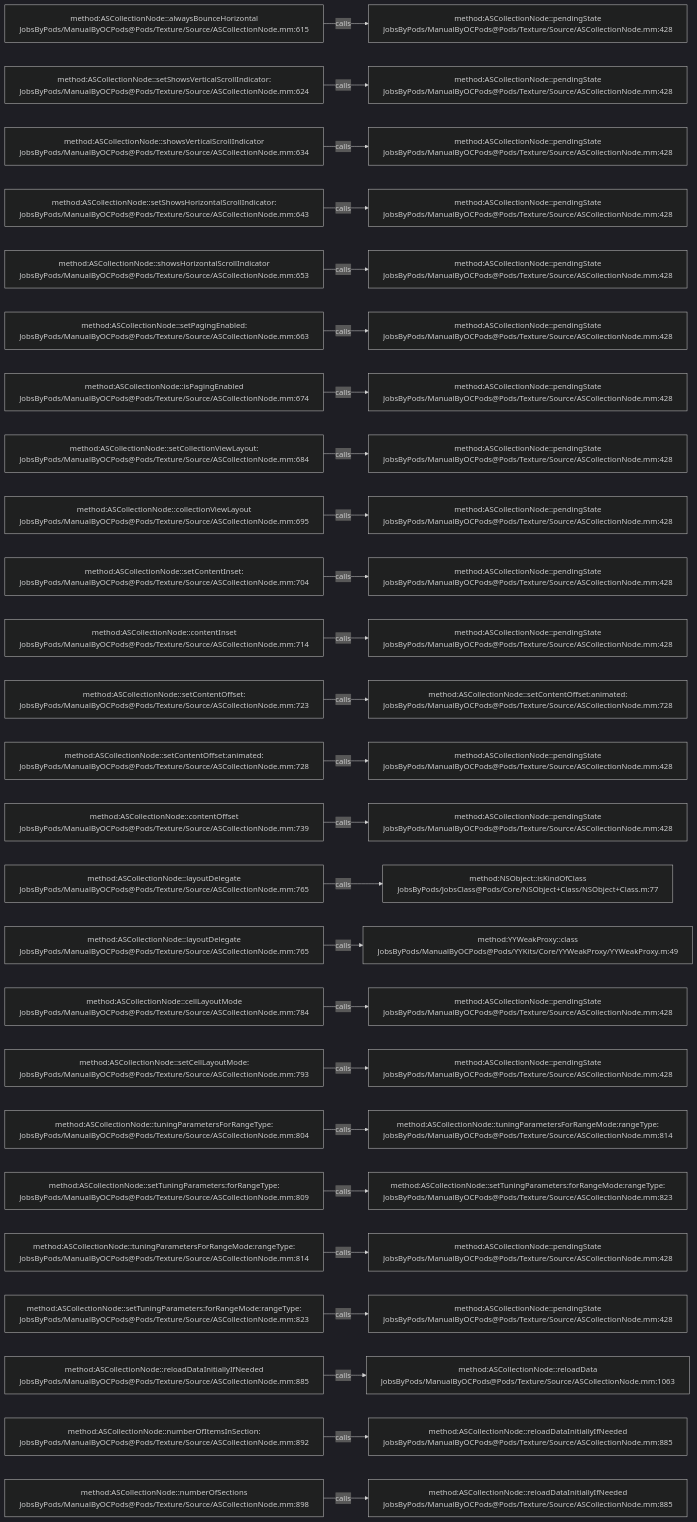
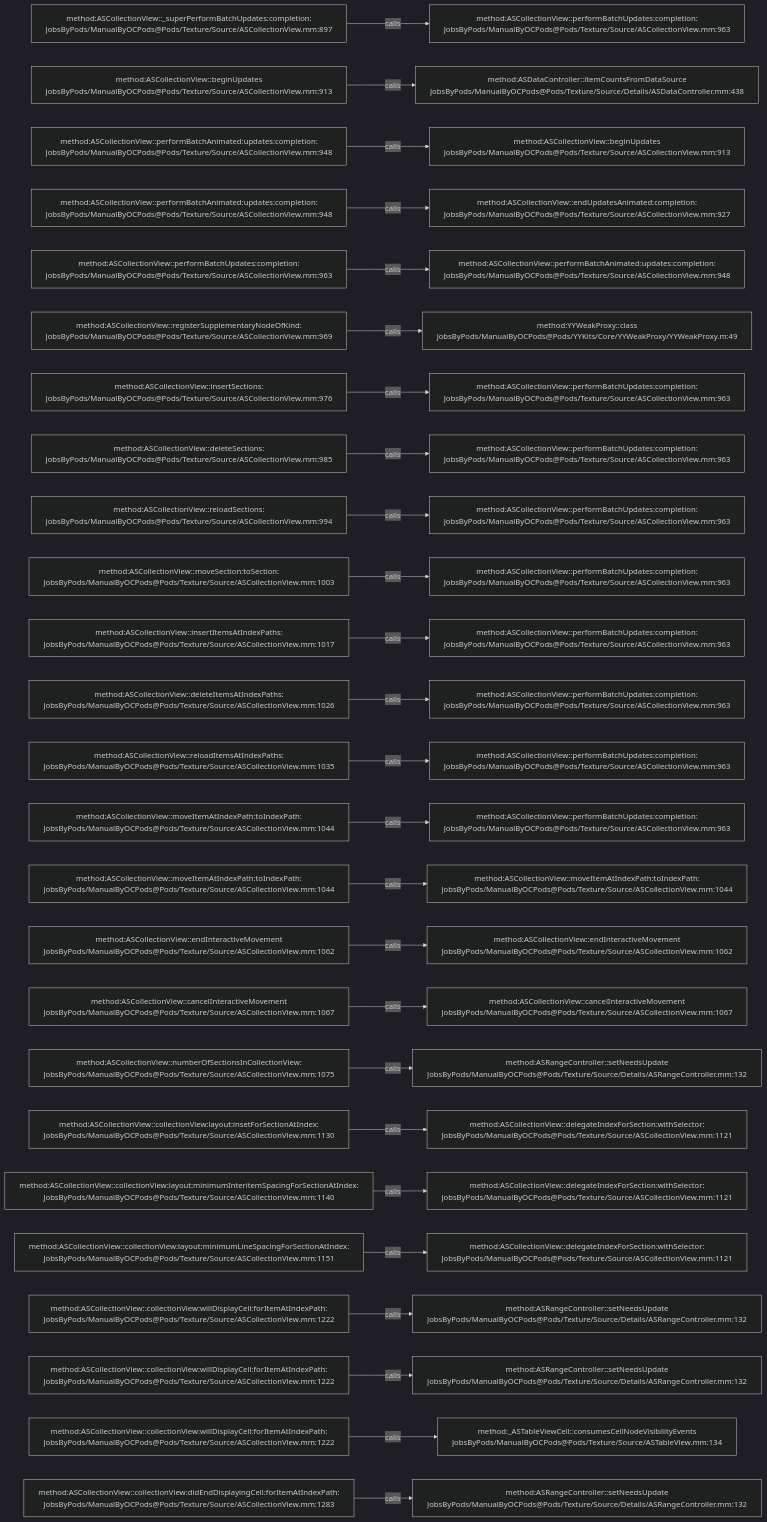
Before and after one commit to JobsKits/JobsOCBaseConfigDemo: the diagram in .codegraph/codegraph.md/graphs/calls-079.md, drawn with Mermaid (dark theme). The commit also changed 1353 other files, not shown here.

````diff
--- a/.codegraph/codegraph.md/graphs/calls-079.md
+++ b/.codegraph/codegraph.md/graphs/calls-079.md
@@ -13,78 +13,78 @@
 ```mermaid
 flowchart LR
-  S1["method:ASCollectionNode::alwaysBounceHorizontal<br/>JobsByPods/ManualByOCPods@Pods/Texture/Source/ASCollectionNode.mm:615"]
-  T1["method:ASCollectionNode::pendingState<br/>JobsByPods/ManualByOCPods@Pods/Texture/Source/ASCollectionNode.mm:428"]
+  S1["method:ASCollectionView::_superPerformBatchUpdates:completion:<br/>JobsByPods/ManualByOCPods@Pods/Texture/Source/ASCollectionView.mm:897"]
+  T1["method:ASCollectionView::performBatchUpdates:completion:<br/>JobsByPods/ManualByOCPods@Pods/Texture/Source/ASCollectionView.mm:963"]
   S1 -->|calls| T1
-  S2["method:ASCollectionNode::setShowsVerticalScrollIndicator:<br/>JobsByPods/ManualByOCPods@Pods/Texture/Source/ASCollectionNode.mm:624"]
-  T2["method:ASCollectionNode::pendingState<br/>JobsByPods/ManualByOCPods@Pods/Texture/Source/ASCollectionNode.mm:428"]
+  S2["method:ASCollectionView::beginUpdates<br/>JobsByPods/ManualByOCPods@Pods/Texture/Source/ASCollectionView.mm:913"]
+  T2["method:ASDataController::itemCountsFromDataSource<br/>JobsByPods/ManualByOCPods@Pods/Texture/Source/Details/ASDataController.mm:438"]
   S2 -->|calls| T2
-  S3["method:ASCollectionNode::showsVerticalScrollIndicator<br/>JobsByPods/ManualByOCPods@Pods/Texture/Source/ASCollectionNode.mm:634"]
-  T3["method:ASCollectionNode::pendingState<br/>JobsByPods/ManualByOCPods@Pods/Texture/Source/ASCollectionNode.mm:428"]
+  S3["method:ASCollectionView::performBatchAnimated:updates:completion:<br/>JobsByPods/ManualByOCPods@Pods/Texture/Source/ASCollectionView.mm:948"]
+  T3["method:ASCollectionView::beginUpdates<br/>JobsByPods/ManualByOCPods@Pods/Texture/Source/ASCollectionView.mm:913"]
   S3 -->|calls| T3
-  S4["method:ASCollectionNode::setShowsHorizontalScrollIndicator:<br/>JobsByPods/ManualByOCPods@Pods/Texture/Source/ASCollectionNode.mm:643"]
-  T4["method:ASCollectionNode::pendingState<br/>JobsByPods/ManualByOCPods@Pods/Texture/Source/ASCollectionNode.mm:428"]
+  S4["method:ASCollectionView::performBatchAnimated:updates:completion:<br/>JobsByPods/ManualByOCPods@Pods/Texture/Source/ASCollectionView.mm:948"]
+  T4["method:ASCollectionView::endUpdatesAnimated:completion:<br/>JobsByPods/ManualByOCPods@Pods/Texture/Source/ASCollectionView.mm:927"]
   S4 -->|calls| T4
-  S5["method:ASCollectionNode::showsHorizontalScrollIndicator<br/>JobsByPods/ManualByOCPods@Pods/Texture/Source/ASCollectionNode.mm:653"]
-  T5["method:ASCollectionNode::pendingState<br/>JobsByPods/ManualByOCPods@Pods/Texture/Source/ASCollectionNode.mm:428"]
+  S5["method:ASCollectionView::performBatchUpdates:completion:<br/>JobsByPods/ManualByOCPods@Pods/Texture/Source/ASCollectionView.mm:963"]
+  T5["method:ASCollectionView::performBatchAnimated:updates:completion:<br/>JobsByPods/ManualByOCPods@Pods/Texture/Source/ASCollectionView.mm:948"]
   S5 -->|calls| T5
-  S6["method:ASCollectionNode::setPagingEnabled:<br/>JobsByPods/ManualByOCPods@Pods/Texture/Source/ASCollectionNode.mm:663"]
-  T6["method:ASCollectionNode::pendingState<br/>JobsByPods/ManualByOCPods@Pods/Texture/Source/ASCollectionNode.mm:428"]
+  S6["method:ASCollectionView::registerSupplementaryNodeOfKind:<br/>JobsByPods/ManualByOCPods@Pods/Texture/Source/ASCollectionView.mm:969"]
+  T6["method:YYWeakProxy::class<br/>JobsByPods/ManualByOCPods@Pods/YYKits/Core/YYWeakProxy/YYWeakProxy.m:49"]
   S6 -->|calls| T6
-  S7["method:ASCollectionNode::isPagingEnabled<br/>JobsByPods/ManualByOCPods@Pods/Texture/Source/ASCollectionNode.mm:674"]
-  T7["method:ASCollectionNode::pendingState<br/>JobsByPods/ManualByOCPods@Pods/Texture/Source/ASCollectionNode.mm:428"]
+  S7["method:ASCollectionView::insertSections:<br/>JobsByPods/ManualByOCPods@Pods/Texture/Source/ASCollectionView.mm:976"]
+  T7["method:ASCollectionView::performBatchUpdates:completion:<br/>JobsByPods/ManualByOCPods@Pods/Texture/Source/ASCollectionView.mm:963"]
   S7 -->|calls| T7
-  S8["method:ASCollectionNode::setCollectionViewLayout:<br/>JobsByPods/ManualByOCPods@Pods/Texture/Source/ASCollectionNode.mm:684"]
-  T8["method:ASCollectionNode::pendingState<br/>JobsByPods/ManualByOCPods@Pods/Texture/Source/ASCollectionNode.mm:428"]
+  S8["method:ASCollectionView::deleteSections:<br/>JobsByPods/ManualByOCPods@Pods/Texture/Source/ASCollectionView.mm:985"]
+  T8["method:ASCollectionView::performBatchUpdates:completion:<br/>JobsByPods/ManualByOCPods@Pods/Texture/Source/ASCollectionView.mm:963"]
   S8 -->|calls| T8
-  S9["method:ASCollectionNode::collectionViewLayout<br/>JobsByPods/ManualByOCPods@Pods/Texture/Source/ASCollectionNode.mm:695"]
-  T9["method:ASCollectionNode::pendingState<br/>JobsByPods/ManualByOCPods@Pods/Texture/Source/ASCollectionNode.mm:428"]
+  S9["method:ASCollectionView::reloadSections:<br/>JobsByPods/ManualByOCPods@Pods/Texture/Source/ASCollectionView.mm:994"]
+  T9["method:ASCollectionView::performBatchUpdates:completion:<br/>JobsByPods/ManualByOCPods@Pods/Texture/Source/ASCollectionView.mm:963"]
   S9 -->|calls| T9
-  S10["method:ASCollectionNode::setContentInset:<br/>JobsByPods/ManualByOCPods@Pods/Texture/Source/ASCollectionNode.mm:704"]
-  T10["method:ASCollectionNode::pendingState<br/>JobsByPods/ManualByOCPods@Pods/Texture/Source/ASCollectionNode.mm:428"]
+  S10["method:ASCollectionView::moveSection:toSection:<br/>JobsByPods/ManualByOCPods@Pods/Texture/Source/ASCollectionView.mm:1003"]
+  T10["method:ASCollectionView::performBatchUpdates:completion:<br/>JobsByPods/ManualByOCPods@Pods/Texture/Source/ASCollectionView.mm:963"]
   S10 -->|calls| T10
-  S11["method:ASCollectionNode::contentInset<br/>JobsByPods/ManualByOCPods@Pods/Texture/Source/ASCollectionNode.mm:714"]
-  T11["method:ASCollectionNode::pendingState<br/>JobsByPods/ManualByOCPods@Pods/Texture/Source/ASCollectionNode.mm:428"]
+  S11["method:ASCollectionView::insertItemsAtIndexPaths:<br/>JobsByPods/ManualByOCPods@Pods/Texture/Source/ASCollectionView.mm:1017"]
+  T11["method:ASCollectionView::performBatchUpdates:completion:<br/>JobsByPods/ManualByOCPods@Pods/Texture/Source/ASCollectionView.mm:963"]
   S11 -->|calls| T11
-  S12["method:ASCollectionNode::setContentOffset:<br/>JobsByPods/ManualByOCPods@Pods/Texture/Source/ASCollectionNode.mm:723"]
-  T12["method:ASCollectionNode::setContentOffset:animated:<br/>JobsByPods/ManualByOCPods@Pods/Texture/Source/ASCollectionNode.mm:728"]
+  S12["method:ASCollectionView::deleteItemsAtIndexPaths:<br/>JobsByPods/ManualByOCPods@Pods/Texture/Source/ASCollectionView.mm:1026"]
+  T12["method:ASCollectionView::performBatchUpdates:completion:<br/>JobsByPods/ManualByOCPods@Pods/Texture/Source/ASCollectionView.mm:963"]
   S12 -->|calls| T12
-  S13["method:ASCollectionNode::setContentOffset:animated:<br/>JobsByPods/ManualByOCPods@Pods/Texture/Source/ASCollectionNode.mm:728"]
-  T13["method:ASCollectionNode::pendingState<br/>JobsByPods/ManualByOCPods@Pods/Texture/Source/ASCollectionNode.mm:428"]
+  S13["method:ASCollectionView::reloadItemsAtIndexPaths:<br/>JobsByPods/ManualByOCPods@Pods/Texture/Source/ASCollectionView.mm:1035"]
+  T13["method:ASCollectionView::performBatchUpdates:completion:<br/>JobsByPods/ManualByOCPods@Pods/Texture/Source/ASCollectionView.mm:963"]
   S13 -->|calls| T13
-  S14["method:ASCollectionNode::contentOffset<br/>JobsByPods/ManualByOCPods@Pods/Texture/Source/ASCollectionNode.mm:739"]
-  T14["method:ASCollectionNode::pendingState<br/>JobsByPods/ManualByOCPods@Pods/Texture/Source/ASCollectionNode.mm:428"]
+  S14["method:ASCollectionView::moveItemAtIndexPath:toIndexPath:<br/>JobsByPods/ManualByOCPods@Pods/Texture/Source/ASCollectionView.mm:1044"]
+  T14["method:ASCollectionView::performBatchUpdates:completion:<br/>JobsByPods/ManualByOCPods@Pods/Texture/Source/ASCollectionView.mm:963"]
   S14 -->|calls| T14
-  S15["method:ASCollectionNode::layoutDelegate<br/>JobsByPods/ManualByOCPods@Pods/Texture/Source/ASCollectionNode.mm:765"]
-  T15["method:NSObject::isKindOfClass<br/>JobsByPods/JobsClass@Pods/Core/NSObject+Class/NSObject+Class.m:77"]
+  S15["method:ASCollectionView::moveItemAtIndexPath:toIndexPath:<br/>JobsByPods/ManualByOCPods@Pods/Texture/Source/ASCollectionView.mm:1044"]
+  T15["method:ASCollectionView::moveItemAtIndexPath:toIndexPath:<br/>JobsByPods/ManualByOCPods@Pods/Texture/Source/ASCollectionView.mm:1044"]
   S15 -->|calls| T15
-  S16["method:ASCollectionNode::layoutDelegate<br/>JobsByPods/ManualByOCPods@Pods/Texture/Source/ASCollectionNode.mm:765"]
-  T16["method:YYWeakProxy::class<br/>JobsByPods/ManualByOCPods@Pods/YYKits/Core/YYWeakProxy/YYWeakProxy.m:49"]
+  S16["method:ASCollectionView::endInteractiveMovement<br/>JobsByPods/ManualByOCPods@Pods/Texture/Source/ASCollectionView.mm:1062"]
+  T16["method:ASCollectionView::endInteractiveMovement<br/>JobsByPods/ManualByOCPods@Pods/Texture/Source/ASCollectionView.mm:1062"]
   S16 -->|calls| T16
-  S17["method:ASCollectionNode::cellLayoutMode<br/>JobsByPods/ManualByOCPods@Pods/Texture/Source/ASCollectionNode.mm:784"]
-  T17["method:ASCollectionNode::pendingState<br/>JobsByPods/ManualByOCPods@Pods/Texture/Source/ASCollectionNode.mm:428"]
+  S17["method:ASCollectionView::cancelInteractiveMovement<br/>JobsByPods/ManualByOCPods@Pods/Texture/Source/ASCollectionView.mm:1067"]
+  T17["method:ASCollectionView::cancelInteractiveMovement<br/>JobsByPods/ManualByOCPods@Pods/Texture/Source/ASCollectionView.mm:1067"]
   S17 -->|calls| T17
-  S18["method:ASCollectionNode::setCellLayoutMode:<br/>JobsByPods/ManualByOCPods@Pods/Texture/Source/ASCollectionNode.mm:793"]
-  T18["method:ASCollectionNode::pendingState<br/>JobsByPods/ManualByOCPods@Pods/Texture/Source/ASCollectionNode.mm:428"]
+  S18["method:ASCollectionView::numberOfSectionsInCollectionView:<br/>JobsByPods/ManualByOCPods@Pods/Texture/Source/ASCollectionView.mm:1075"]
+  T18["method:ASRangeController::setNeedsUpdate<br/>JobsByPods/ManualByOCPods@Pods/Texture/Source/Details/ASRangeController.mm:132"]
   S18 -->|calls| T18
-  S19["method:ASCollectionNode::tuningParametersForRangeType:<br/>JobsByPods/ManualByOCPods@Pods/Texture/Source/ASCollectionNode.mm:804"]
-  T19["method:ASCollectionNode::tuningParametersForRangeMode:rangeType:<br/>JobsByPods/ManualByOCPods@Pods/Texture/Source/ASCollectionNode.mm:814"]
+  S19["method:ASCollectionView::collectionView:layout:insetForSectionAtIndex:<br/>JobsByPods/ManualByOCPods@Pods/Texture/Source/ASCollectionView.mm:1130"]
+  T19["method:ASCollectionView::delegateIndexForSection:withSelector:<br/>JobsByPods/ManualByOCPods@Pods/Texture/Source/ASCollectionView.mm:1121"]
   S19 -->|calls| T19
-  S20["method:ASCollectionNode::setTuningParameters:forRangeType:<br/>JobsByPods/ManualByOCPods@Pods/Texture/Source/ASCollectionNode.mm:809"]
-  T20["method:ASCollectionNode::setTuningParameters:forRangeMode:rangeType:<br/>JobsByPods/ManualByOCPods@Pods/Texture/Source/ASCollectionNode.mm:823"]
+  S20["method:ASCollectionView::collectionView:layout:minimumInteritemSpacingForSectionAtIndex:<br/>JobsByPods/ManualByOCPods@Pods/Texture/Source/ASCollectionView.mm:1140"]
+  T20["method:ASCollectionView::delegateIndexForSection:withSelector:<br/>JobsByPods/ManualByOCPods@Pods/Texture/Source/ASCollectionView.mm:1121"]
   S20 -->|calls| T20
-  S21["method:ASCollectionNode::tuningParametersForRangeMode:rangeType:<br/>JobsByPods/ManualByOCPods@Pods/Texture/Source/ASCollectionNode.mm:814"]
-  T21["method:ASCollectionNode::pendingState<br/>JobsByPods/ManualByOCPods@Pods/Texture/Source/ASCollectionNode.mm:428"]
+  S21["method:ASCollectionView::collectionView:layout:minimumLineSpacingForSectionAtIndex:<br/>JobsByPods/ManualByOCPods@Pods/Texture/Source/ASCollectionView.mm:1151"]
+  T21["method:ASCollectionView::delegateIndexForSection:withSelector:<br/>JobsByPods/ManualByOCPods@Pods/Texture/Source/ASCollectionView.mm:1121"]
   S21 -->|calls| T21
-  S22["method:ASCollectionNode::setTuningParameters:forRangeMode:rangeType:<br/>JobsByPods/ManualByOCPods@Pods/Texture/Source/ASCollectionNode.mm:823"]
-  T22["method:ASCollectionNode::pendingState<br/>JobsByPods/ManualByOCPods@Pods/Texture/Source/ASCollectionNode.mm:428"]
+  S22["method:ASCollectionView::collectionView:willDisplayCell:forItemAtIndexPath:<br/>JobsByPods/ManualByOCPods@Pods/Texture/Source/ASCollectionView.mm:1222"]
+  T22["method:ASRangeController::setNeedsUpdate<br/>JobsByPods/ManualByOCPods@Pods/Texture/Source/Details/ASRangeController.mm:132"]
   S22 -->|calls| T22
-  S23["method:ASCollectionNode::reloadDataInitiallyIfNeeded<br/>JobsByPods/ManualByOCPods@Pods/Texture/Source/ASCollectionNode.mm:885"]
-  T23["method:ASCollectionNode::reloadData<br/>JobsByPods/ManualByOCPods@Pods/Texture/Source/ASCollectionNode.mm:1063"]
+  S23["method:ASCollectionView::collectionView:willDisplayCell:forItemAtIndexPath:<br/>JobsByPods/ManualByOCPods@Pods/Texture/Source/ASCollectionView.mm:1222"]
+  T23["method:ASRangeController::setNeedsUpdate<br/>JobsByPods/ManualByOCPods@Pods/Texture/Source/Details/ASRangeController.mm:132"]
   S23 -->|calls| T23
-  S24["method:ASCollectionNode::numberOfItemsInSection:<br/>JobsByPods/ManualByOCPods@Pods/Texture/Source/ASCollectionNode.mm:892"]
-  T24["method:ASCollectionNode::reloadDataInitiallyIfNeeded<br/>JobsByPods/ManualByOCPods@Pods/Texture/Source/ASCollectionNode.mm:885"]
+  S24["method:ASCollectionView::collectionView:willDisplayCell:forItemAtIndexPath:<br/>JobsByPods/ManualByOCPods@Pods/Texture/Source/ASCollectionView.mm:1222"]
+  T24["method:_ASTableViewCell::consumesCellNodeVisibilityEvents<br/>JobsByPods/ManualByOCPods@Pods/Texture/Source/ASTableView.mm:134"]
   S24 -->|calls| T24
-  S25["method:ASCollectionNode::numberOfSections<br/>JobsByPods/ManualByOCPods@Pods/Texture/Source/ASCollectionNode.mm:898"]
-  T25["method:ASCollectionNode::reloadDataInitiallyIfNeeded<br/>JobsByPods/ManualByOCPods@Pods/Texture/Source/ASCollectionNode.mm:885"]
+  S25["method:ASCollectionView::collectionView:didEndDisplayingCell:forItemAtIndexPath:<br/>JobsByPods/ManualByOCPods@Pods/Texture/Source/ASCollectionView.mm:1283"]
+  T25["method:ASRangeController::setNeedsUpdate<br/>JobsByPods/ManualByOCPods@Pods/Texture/Source/Details/ASRangeController.mm:132"]
   S25 -->|calls| T25
 ```
````
